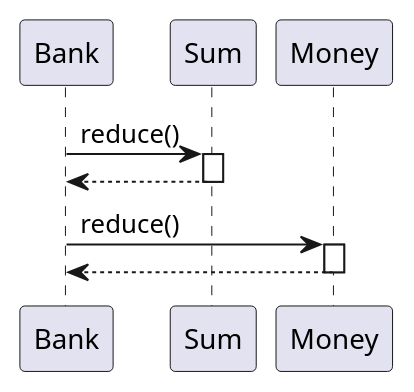
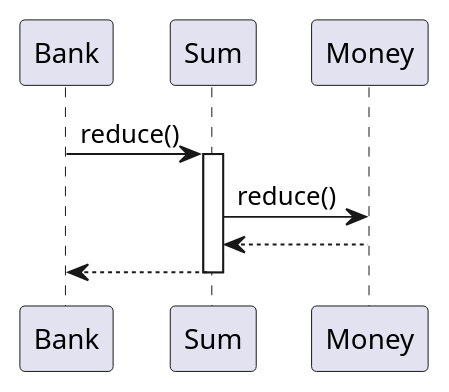
The second of 2 diagrams in docs/src/TDD.md (k2works/etude_for_java), drawn with PlantUML before and after one commit. The commit also changed other lines of this file and 5 other files, not shown here.

````diff
--- a/docs/src/TDD.md
+++ b/docs/src/TDD.md
@@ -77,10 +76,8 @@
 ```puml
 Bank -> Sum :reduce()
 activate Sum  
+  Sum -> Money :reduce()  
+  Sum <-- Money
   Bank <-- Sum  
 deactivate Sum
-Bank -> Money :reduce()
-activate Money
-  Bank <-- Money
-deactivate Money
 ```
````
